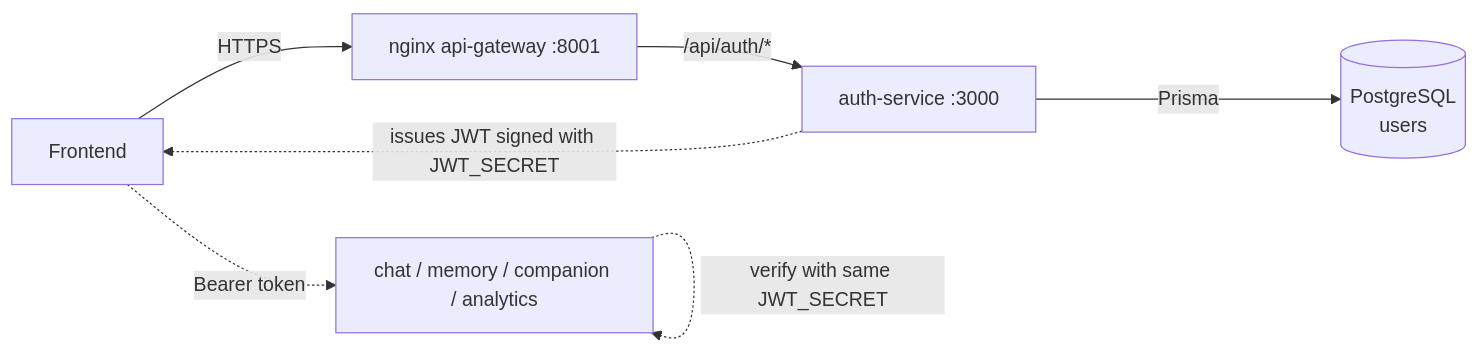
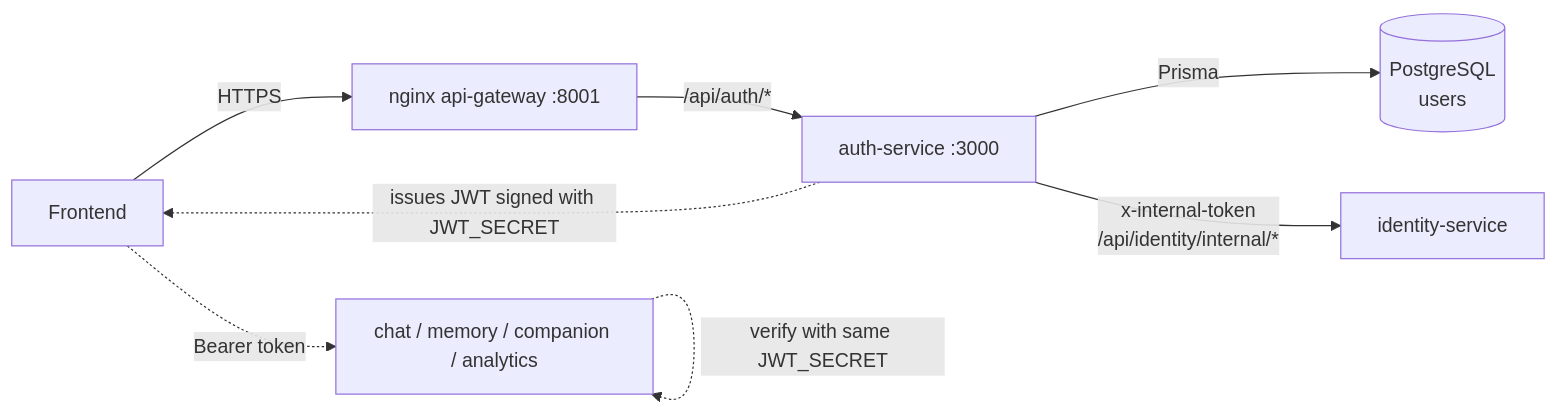
One commit to master-node1/the-aura-lab changed the first of 4 diagrams in services/auth-service/README.md. Above: the diagram before and after it, drawn with Mermaid. The commit also changed other lines of this file and 31 other files, not shown here.

````diff
--- a/services/auth-service/README.md
+++ b/services/auth-service/README.md
@@ -33,9 +34,10 @@
 ```mermaid
 flowchart LR
     FE[Frontend] -->|HTTPS| GW[nginx api-gateway :8001]
     GW -->|/api/auth/*| AUTH[auth-service :3000]
     AUTH -->|Prisma| PG[(PostgreSQL<br/>users)]
+    AUTH -->|"x-internal-token<br/>/api/identity/internal/*"| ID[identity-service]
     AUTH -. issues JWT signed with JWT_SECRET .-> FE
     FE -. Bearer token .-> OTHERS[chat / memory / companion / analytics]
     OTHERS -. verify with same JWT_SECRET .-> OTHERS
 ```
````
